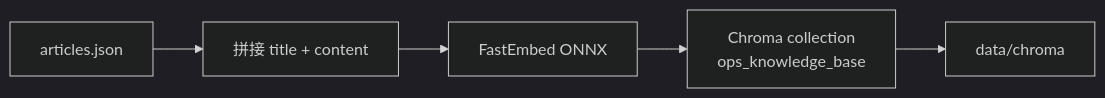
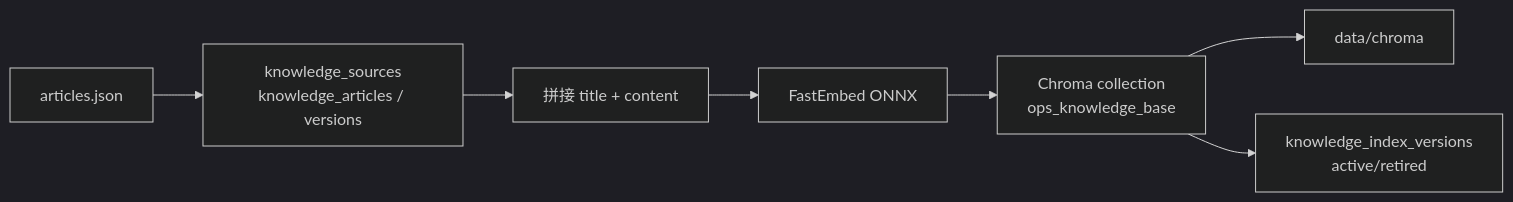
One commit to A1PHAalpha/-project6 changed the seventh of 7 diagrams in README.md. Above: the diagram before and after it, drawn with Mermaid (dark theme). The commit also changed other lines of this file and 26 other files, not shown here.

````diff
--- a/README.md
+++ b/README.md
@@ -519,7 +531,9 @@
 ```mermaid
 flowchart LR
-    A["articles.json"] --> B["拼接 title + content"]
+    A["articles.json"] --> V["knowledge_sources<br/>knowledge_articles / versions"]
+    V --> B["拼接 title + content"]
     B --> C["FastEmbed ONNX"]
     C --> D["Chroma collection<br/>ops_knowledge_base"]
     D --> E["data/chroma"]
+    D --> I["knowledge_index_versions<br/>active/retired"]
 ```
````
